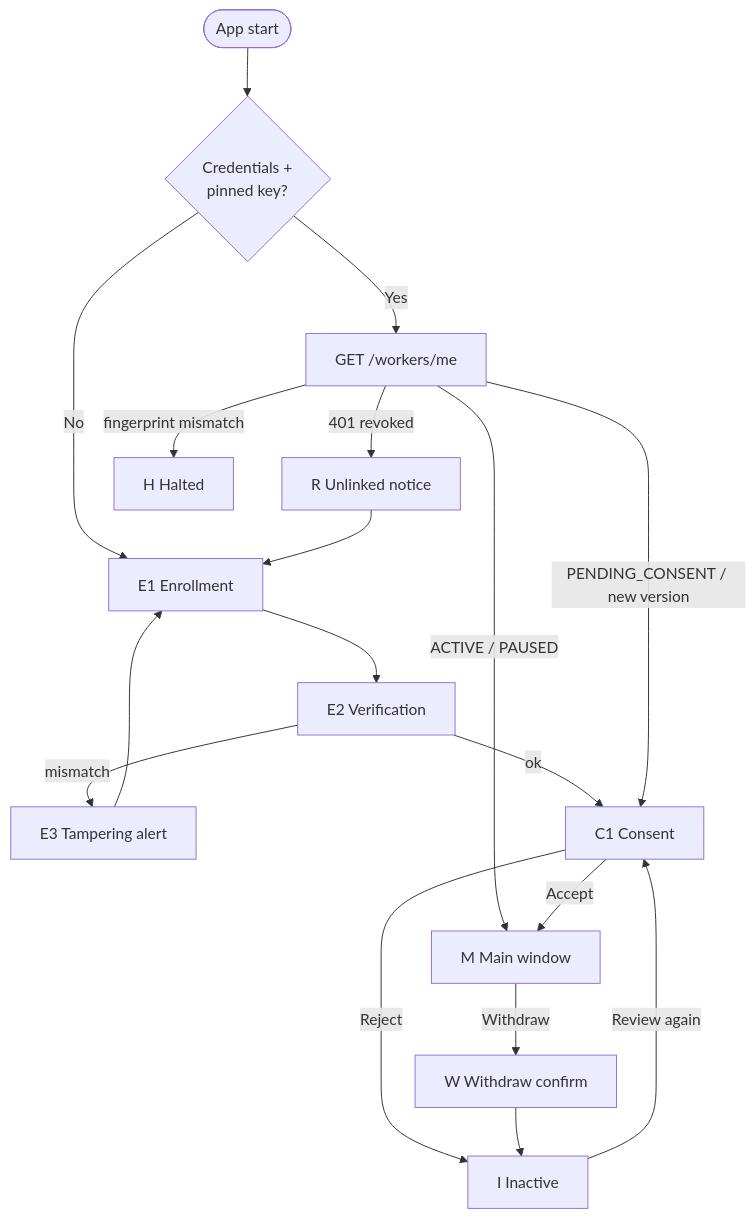
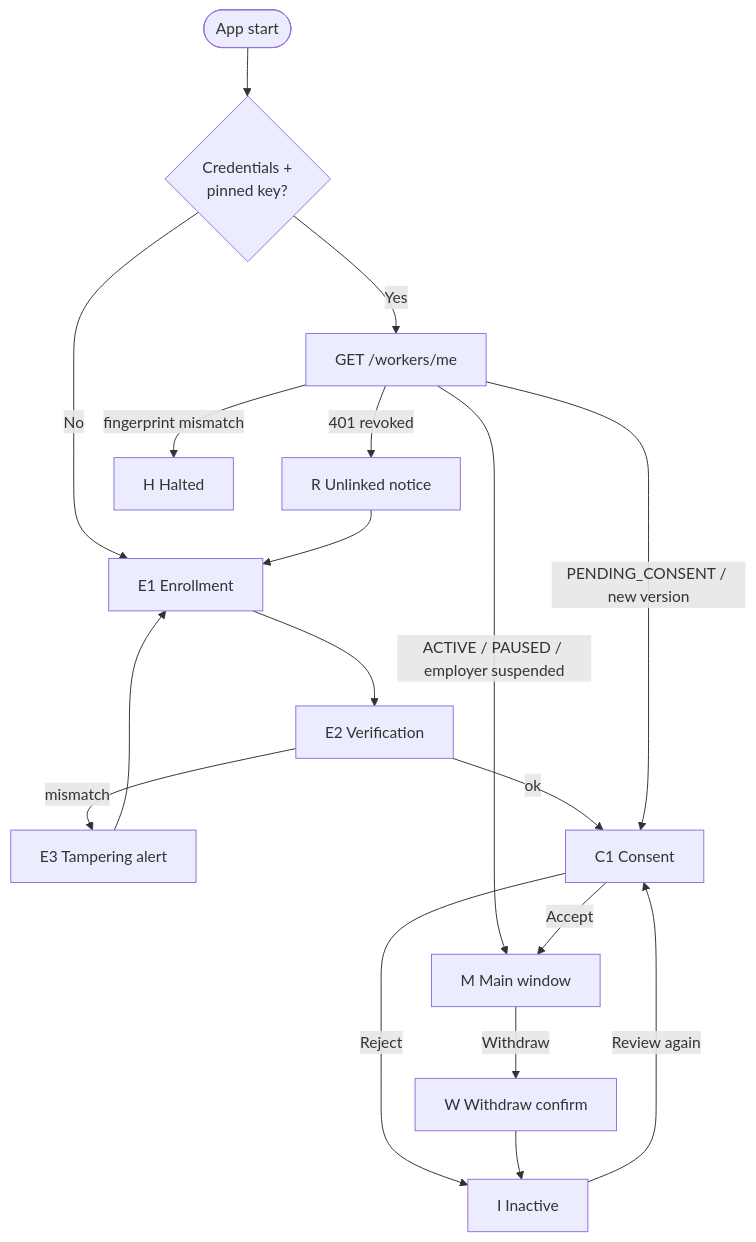
One commit to Demiannnnnn/blindmetrics-apps changed the diagram in docs/worker-app-spec.md. Above: the diagram before and after it, drawn with Mermaid. The commit also changed other lines of this file and 15 other files, not shown here.

````diff
--- a/docs/worker-app-spec.md
+++ b/docs/worker-app-spec.md
@@ -12,18 +12,18 @@
 ```mermaid
 flowchart TD
     Start([App start]) --> HasCreds{Credentials +<br/>pinned key?}
     HasCreds -- No --> E1[E1 Enrollment]
     HasCreds -- Yes --> Sync[GET /workers/me]
     E1 --> E2[E2 Verification]
     E2 -- mismatch --> E3[E3 Tampering alert]
     E3 --> E1
     E2 -- ok --> C1[C1 Consent]
     Sync -- PENDING_CONSENT / new version --> C1
-    Sync -- ACTIVE / PAUSED --> M[M Main window]
+    Sync -- ACTIVE / PAUSED / employer suspended --> M[M Main window]
     Sync -- 401 revoked --> R[R Unlinked notice] --> E1
     Sync -- fingerprint mismatch --> H[H Halted]
     C1 -- Accept --> M
     C1 -- Reject --> I[I Inactive]
     I -- Review again --> C1
     M -- Withdraw --> W[W Withdraw confirm] --> I
 ```
````
